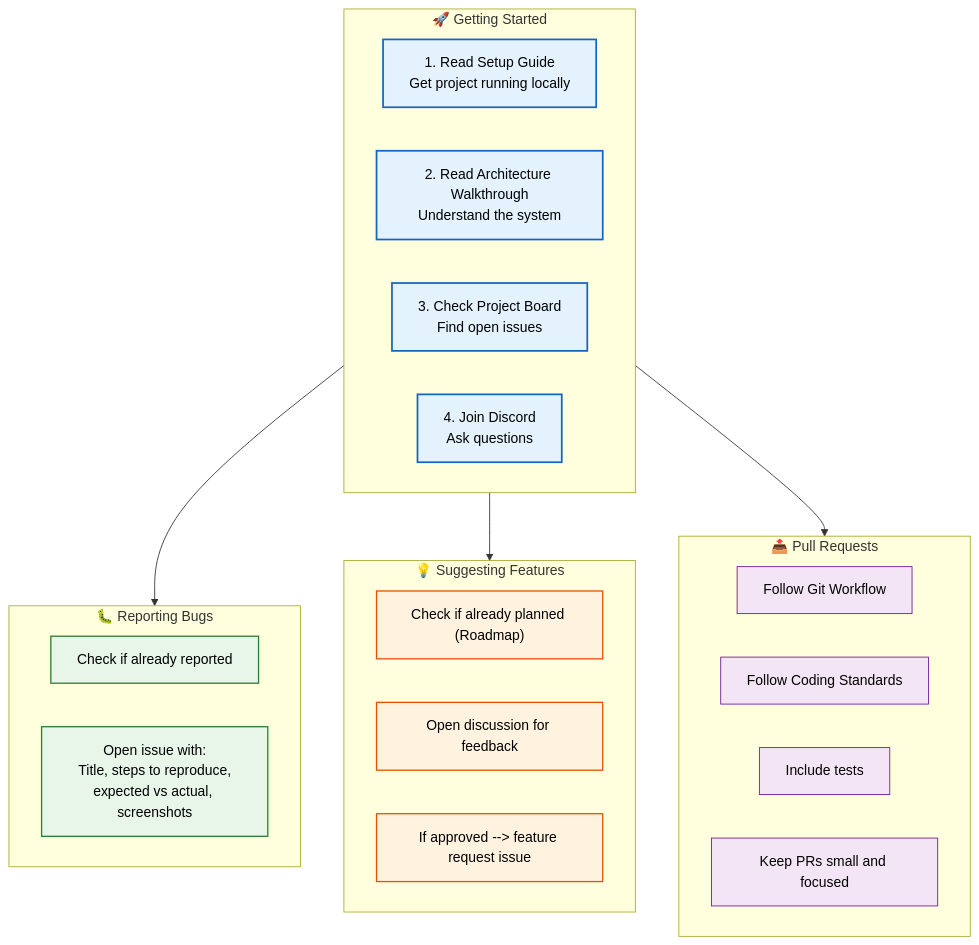
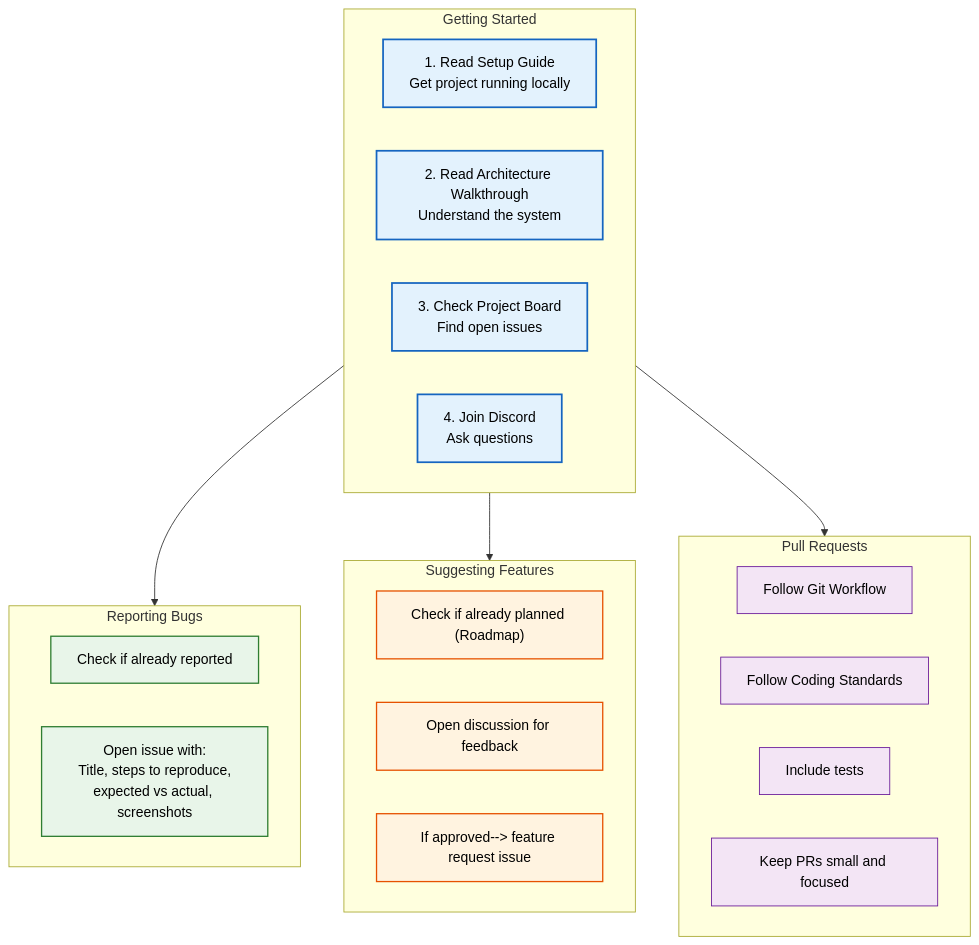
The diagram in docs/developer-experience/Contributing.md (Driftloom/Vaeloom), drawn with Mermaid before and after one commit. The commit also changed other lines of this file and 694 other files, not shown here.

First line of the commit message:
docs: mermaid standardization — encoding/mermaid/duplicate cleanup

````diff
--- a/docs/developer-experience/Contributing.md
+++ b/docs/developer-experience/Contributing.md
@@ -7,39 +7,39 @@
 ```mermaid
 graph TD
-    classDef steps fill:#e3f2fd,stroke:#1565c0,color:#000,stroke-width:2px
-    classDef bugs fill:#e8f5e9,stroke:#2e7d32,color:#000,stroke-width:1.5px
-    classDef features fill:#fff3e0,stroke:#e65100,color:#000,stroke-width:1.5px
-    classDef pr fill:#f3e5f5,stroke:#6a1b9a,color:#000,stroke-width:1px
+ classDef steps fill:#e3f2fd,stroke:#1565c0,color:#000,stroke-width:2px
+ classDef bugs fill:#e8f5e9,stroke:#2e7d32,color:#000,stroke-width:1.5px
+ classDef features fill:#fff3e0,stroke:#e65100,color:#000,stroke-width:1.5px
+ classDef pr fill:#f3e5f5,stroke:#6a1b9a,color:#000,stroke-width:1px
 
-    subgraph Steps["🚀 Getting Started"]
-        S1["1. Read Setup Guide<br/>Get project running locally"]
-        S2["2. Read Architecture Walkthrough<br/>Understand the system"]
-        S3["3. Check Project Board<br/>Find open issues"]
-        S4["4. Join Discord<br/>Ask questions"]
-    end
+ subgraph Steps["Getting Started"]
+ S1["1. Read Setup Guide<br/>Get project running locally"]
+ S2["2. Read Architecture Walkthrough<br/>Understand the system"]
+ S3["3. Check Project Board<br/>Find open issues"]
+ S4["4. Join Discord<br/>Ask questions"]
+ end
 
-    subgraph Bugs["🐛 Reporting Bugs"]
-        B1["Check if already reported"]
-        B2["Open issue with:<br/>Title, steps to reproduce,<br/>expected vs actual, screenshots"]
-    end
+ subgraph Bugs["Reporting Bugs"]
+ B1["Check if already reported"]
+ B2["Open issue with:<br/>Title, steps to reproduce,<br/>expected vs actual, screenshots"]
+ end
 
-    subgraph Features["💡 Suggesting Features"]
-        F1["Check if already planned (Roadmap)"]
-        F2["Open discussion for feedback"]
-        F3["If approved --> feature request issue"]
-    end
+ subgraph Features["Suggesting Features"]
+ F1["Check if already planned (Roadmap)"]
+ F2["Open discussion for feedback"]
+ F3["If approved--> feature request issue"]
+ end
 
-    subgraph PRs["📤 Pull Requests"]
-        P1["Follow Git Workflow"]
-        P2["Follow Coding Standards"]
-        P3["Include tests"]
-        P4["Keep PRs small and focused"]
-    end
+ subgraph PRs["Pull Requests"]
+ P1["Follow Git Workflow"]
+ P2["Follow Coding Standards"]
+ P3["Include tests"]
+ P4["Keep PRs small and focused"]
+ end
 
-    Steps --> Bugs & Features & PRs
+ Steps--> Bugs & Features & PRs
 
-    class S1,S2,S3,S4 steps
-    class B1,B2 bugs
-    class F1,F2,F3 features
-    class P1,P2,P3,P4 pr
+ class S1,S2,S3,S4 steps
+ class B1,B2 bugs
+ class F1,F2,F3 features
+ class P1,P2,P3,P4 pr
 ```
````
